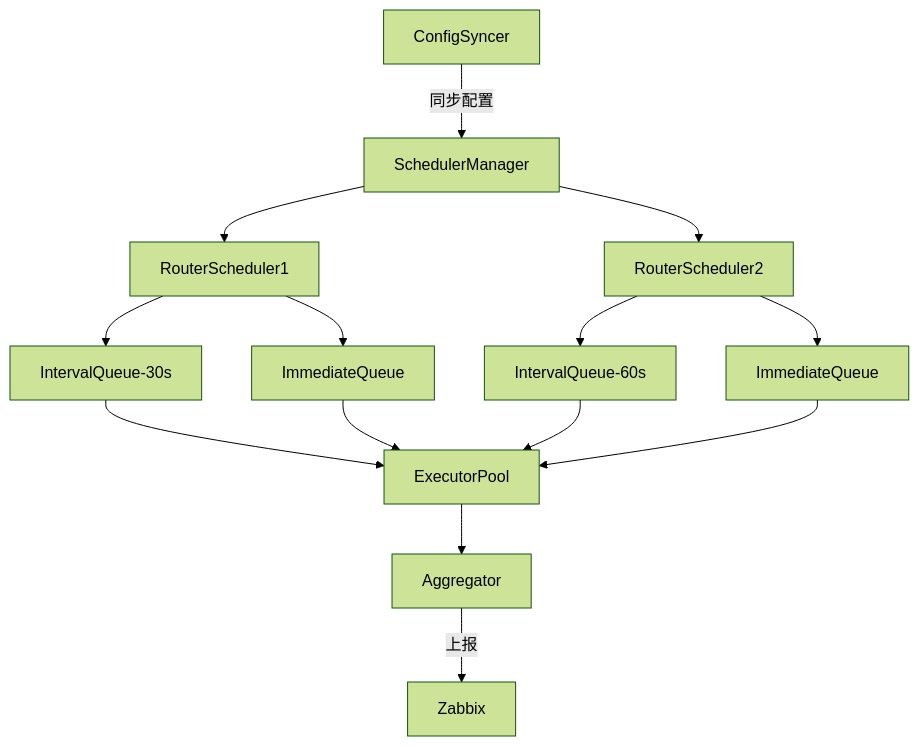
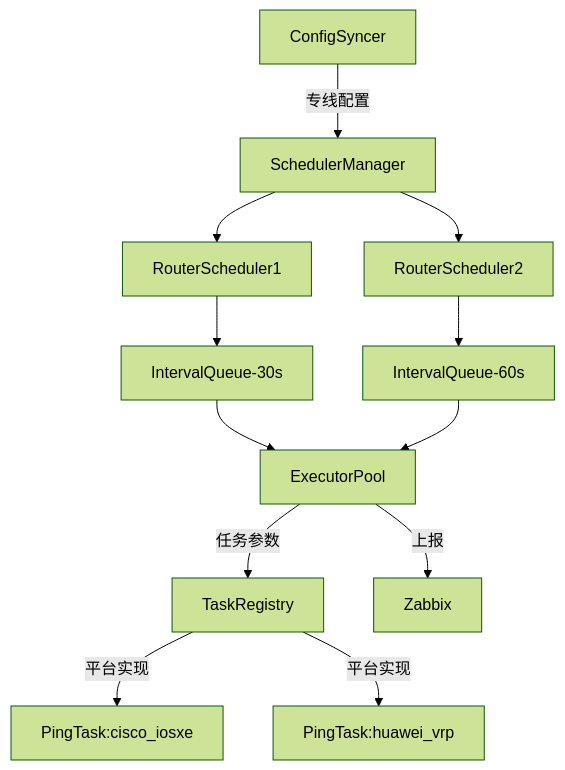
The diagram in spec/line_monitoring/design.md (charlesren/zabbix_ddl_monitor), drawn with Mermaid (forest theme) before and after one commit. The commit also changed other lines of this file, not shown here.

````diff
--- a/spec/line_monitoring/design.md
+++ b/spec/line_monitoring/design.md
@@ -10,16 +10,18 @@
 ```mermaid
 graph TD
-    A[ConfigSyncer] -->|同步配置| B[SchedulerManager]
+    A[ConfigSyncer] -->|专线配置| B[SchedulerManager]
     B --> C[RouterScheduler1]
     B --> D[RouterScheduler2]
     C --> E[IntervalQueue-30s]
-    C --> F[ImmediateQueue]
-    D --> G[IntervalQueue-60s]
-    D --> H[ImmediateQueue]
-    E --> I[ExecutorPool]
-    F --> I
-    G --> I
-    H --> I
-    I --> J[Aggregator]
-    J -->|上报| K[Zabbix]
+     D --> F[IntervalQueue-60s]
+    E --> G[ExecutorPool]
+    F --> G
+    G -->|任务参数| H[TaskRegistry]
+    H -->|平台实现| I[PingTask:cisco_iosxe]
+    H -->|平台实现| J[PingTask:huawei_vrp]
+    G -->|上报| K[Zabbix]
+
+
+
+
 ```
````
